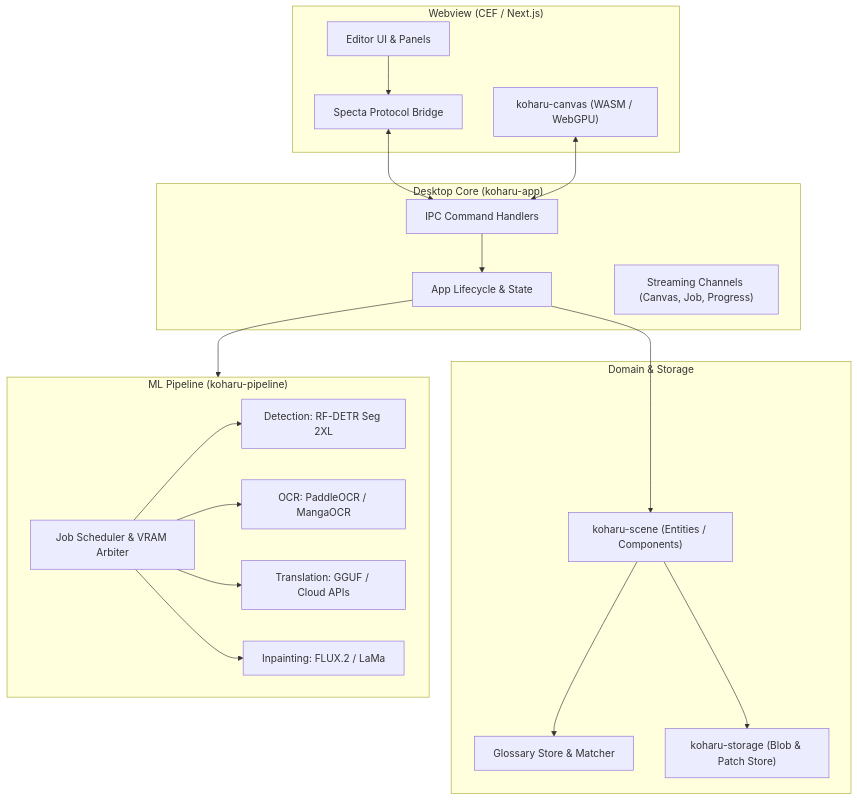
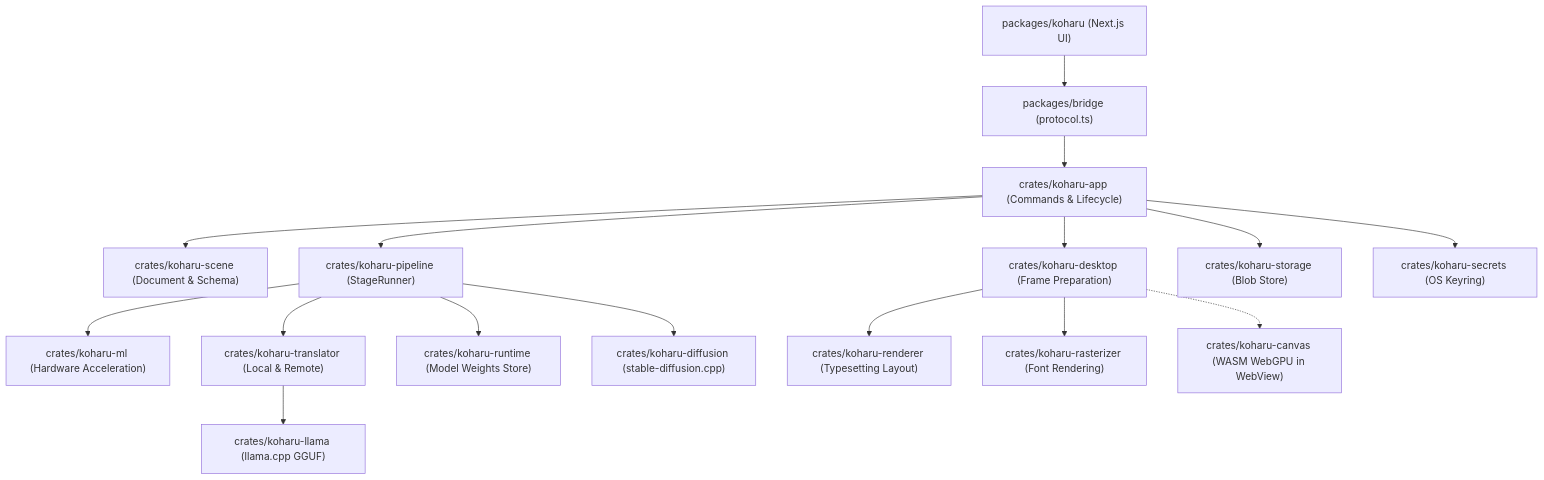
One commit to T3PM/koharu-custom changed the first of 2 diagrams in GEMINI_CONTEXT.md. Above: the diagram before and after it, drawn with Mermaid. The commit also changed other lines of this file and 5 other files, not shown here.

````diff
--- a/GEMINI_CONTEXT.md
+++ b/GEMINI_CONTEXT.md
@@ -136,41 +155,21 @@
 ```mermaid
 flowchart TD
-    subgraph Frontend["Webview (CEF / Next.js)"]
-        UI["Editor UI & Panels"]
-        CanvasWasm["koharu-canvas (WASM / WebGPU)"]
-        Bridge["Specta Protocol Bridge"]
-    end
-
-    subgraph NativeApp["Desktop Core (koharu-app)"]
-        AppLifecycle["App Lifecycle & State"]
-        Commands["IPC Command Handlers"]
-        EventChannels["Streaming Channels (Canvas, Job, Progress)"]
-    end
-
-    subgraph DomainStorage["Domain & Storage"]
-        SceneState["koharu-scene (Entities / Components)"]
-        GlossaryState["Glossary Store & Matcher"]
-        BlobStorage["koharu-storage (Blob & Patch Store)"]
-    end
-
-    subgraph MLPipeline["ML Pipeline (koharu-pipeline)"]
-        Scheduler["Job Scheduler & VRAM Arbiter"]
-        DetectionStage["Detection: RF-DETR Seg 2XL"]
-        OcrStage["OCR: PaddleOCR / MangaOCR"]
-        TranslationStage["Translation: GGUF / Cloud APIs"]
-        InpaintStage["Inpainting: FLUX.2 / LaMa"]
-    end
-
-    UI --> Bridge
-    Bridge <--> Commands
-    CanvasWasm <--> Commands
-    Commands --> AppLifecycle
-    AppLifecycle --> SceneState
-    AppLifecycle --> MLPipeline
-    SceneState --> BlobStorage
-    SceneState --> GlossaryState
-    Scheduler --> DetectionStage
-    Scheduler --> OcrStage
-    Scheduler --> TranslationStage
-    Scheduler --> InpaintStage
+    UI["packages/koharu (Next.js UI)"] --> Bridge["packages/bridge (protocol.ts)"]
+    Bridge --> App["crates/koharu-app (Commands & Lifecycle)"]
+    App --> Scene["crates/koharu-scene (Document & Schema)"]
+    App --> Pipeline["crates/koharu-pipeline (StageRunner)"]
+    App --> Desktop["crates/koharu-desktop (Frame Preparation)"]
+    App --> Storage["crates/koharu-storage (Blob Store)"]
+    App --> Secrets["crates/koharu-secrets (OS Keyring)"]
+    
+    Pipeline --> ML["crates/koharu-ml (Hardware Acceleration)"]
+    Pipeline --> Translator["crates/koharu-translator (Local & Remote)"]
+    Pipeline --> Runtime["crates/koharu-runtime (Model Weights Store)"]
+    
+    Translator --> Llama["crates/koharu-llama (llama.cpp GGUF)"]
+    Pipeline --> Diffusion["crates/koharu-diffusion (stable-diffusion.cpp)"]
+    
+    Desktop --> Renderer["crates/koharu-renderer (Typesetting Layout)"]
+    Desktop --> Rasterizer["crates/koharu-rasterizer (Font Rendering)"]
+    Desktop -.-> Canvas["crates/koharu-canvas (WASM WebGPU in WebView)"]
 ```
````
